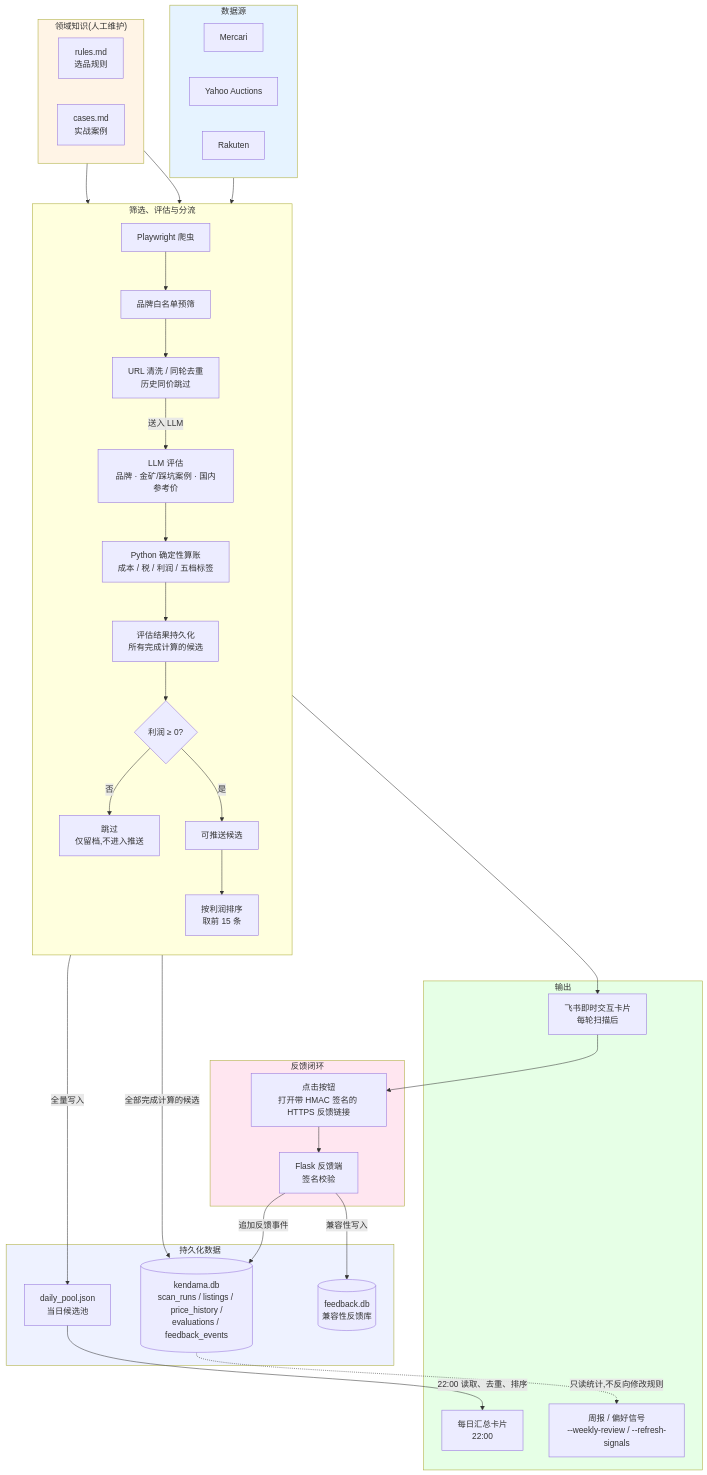
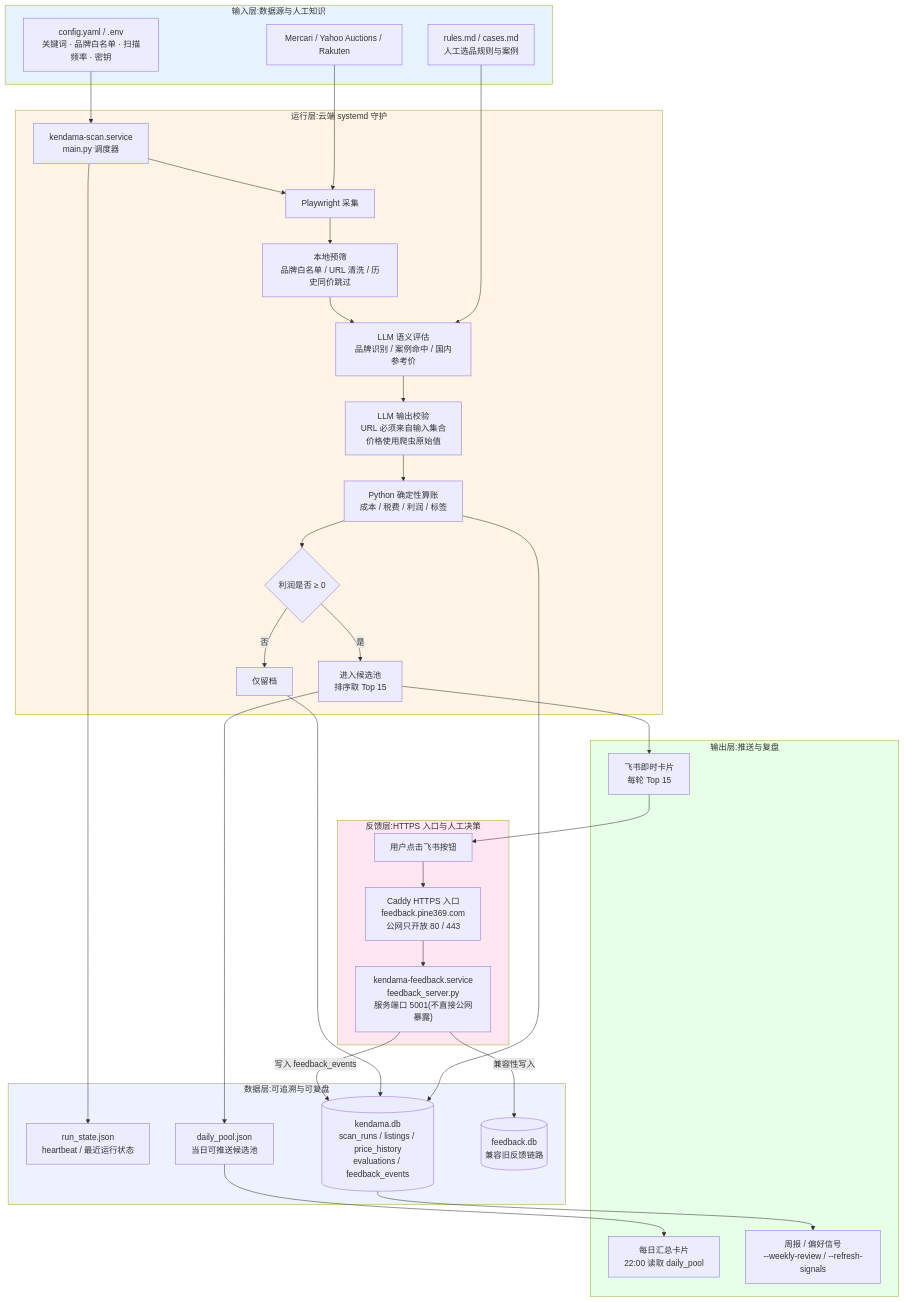
Before and after one commit to Pine369/kendama-selector: the diagram in README.md, drawn with Mermaid. The commit also changed other lines of this file, not shown here.

Commit message:
docs: switch architecture diagram to top-to-bottom flowchart

````diff
--- a/README.md
+++ b/README.md
@@ -80,72 +80,74 @@
 ```mermaid
 flowchart TB
-    subgraph Sources["数据源"]
-        direction LR
-        A1[Mercari]
-        A2[Yahoo Auctions]
-        A3[Rakuten]
+    subgraph Input["输入层:数据源与人工知识"]
+        DS["Mercari / Yahoo Auctions / Rakuten"]
+        RULES["rules.md / cases.md<br/>人工选品规则与案例"]
+        CONFIG["config.yaml / .env<br/>关键词 · 品牌白名单 · 扫描频率 · 密钥"]
     end
 
-    subgraph Knowledge["领域知识(人工维护)"]
-        direction LR
-        K1[rules.md<br/>选品规则]
-        K2[cases.md<br/>实战案例]
+    subgraph Runtime["运行层:云端 systemd 守护"]
+        SCAN["kendama-scan.service<br/>main.py 调度器"]
+        SCRAPER["Playwright 采集"]
+        PREFILTER["本地预筛<br/>品牌白名单 / URL 清洗 / 历史同价跳过"]
+        LLM["LLM 语义评估<br/>品牌识别 / 案例命中 / 国内参考价"]
+        VALIDATE["LLM 输出校验<br/>URL 必须来自输入集合<br/>价格使用爬虫原始值"]
+        CALC["Python 确定性算账<br/>成本 / 税费 / 利润 / 标签"]
+        SPLIT{"利润是否 ≥ 0"}
+        ARCHIVE["仅留档"]
+        CANDIDATE["进入候选池<br/>排序取 Top 15"]
     end
 
-    subgraph Pipeline["筛选、评估与分流"]
-        direction TB
-        B[Playwright 爬虫]
-        C[品牌白名单预筛]
-        C2[URL 清洗 / 同轮去重<br/>历史同价跳过]
-        D[LLM 评估<br/>品牌 · 金矿/踩坑案例 · 国内参考价]
-        E[Python 确定性算账<br/>成本 / 税 / 利润 / 五档标签]
-        R[评估结果持久化<br/>所有完成计算的候选]
-        P{利润 ≥ 0?}
-        Q[可推送候选]
-        T[按利润排序<br/>取前 15 条]
-        X[跳过<br/>仅留档,不进入推送]
+    subgraph Storage["数据层:可追溯与可复盘"]
+        STATE["run_state.json<br/>heartbeat / 最近运行状态"]
+        DB[("kendama.db<br/>scan_runs / listings / price_history<br/>evaluations / feedback_events")]
+        POOL["daily_pool.json<br/>当日可推送候选池"]
+        LEGACY[("feedback.db<br/>兼容旧反馈链路")]
     end
 
-    subgraph Storage["持久化数据"]
-        S1[(kendama.db<br/>scan_runs / listings / price_history /<br/>evaluations / feedback_events)]
-        S2[daily_pool.json<br/>当日候选池]
-        S3[(feedback.db<br/>兼容性反馈库)]
+    subgraph Output["输出层:推送与复盘"]
+        CARD["飞书即时卡片<br/>每轮 Top 15"]
+        DAILY["每日汇总卡片<br/>22:00 读取 daily_pool"]
+        REVIEW["周报 / 偏好信号<br/>--weekly-review / --refresh-signals"]
     end
 
-    subgraph Outputs["输出"]
-        O1[飞书即时交互卡片<br/>每轮扫描后]
-        O2[每日汇总卡片<br/>22:00]
-        O3[周报 / 偏好信号<br/>--weekly-review / --refresh-signals]
+    subgraph Feedback["反馈层:HTTPS 入口与人工决策"]
+        USER["用户点击飞书按钮"]
+        CADDY["Caddy HTTPS 入口<br/>feedback.pine369.com<br/>公网只开放 80 / 443"]
+        SERVER["kendama-feedback.service<br/>feedback_server.py<br/>服务端口 5001(不直接公网暴露)"]
     end
 
-    subgraph Feedback["反馈闭环"]
-        F1[点击按钮<br/>打开带 HMAC 签名的 HTTPS 反馈链接]
-        F2[Flask 反馈端<br/>签名校验]
-    end
+    DS --> SCRAPER
+    RULES --> LLM
+    CONFIG --> SCAN
 
-    Sources --> B --> C --> C2
-    K1 --> D
-    K2 --> D
-    C2 -->|送入 LLM| D --> E
+    SCAN --> STATE
+    SCAN --> SCRAPER
+    SCRAPER --> PREFILTER
+    PREFILTER --> LLM
+    LLM --> VALIDATE
+    VALIDATE --> CALC
+    CALC --> DB
+    CALC --> SPLIT
 
-    E --> R
-    R -->|全部完成计算的候选| S1
-    R --> P
+    SPLIT -->|否| ARCHIVE
+    ARCHIVE --> DB
 
-    P -->|否| X
-    P -->|是| Q
-    Q -->|全量写入| S2
-    Q --> T --> O1
-    S2 -->|22:00 读取、去重、排序| O2
+    SPLIT -->|是| CANDIDATE
+    CANDIDATE --> POOL
+    CANDIDATE --> CARD
 
-    O1 --> F1 --> F2
-    F2 -->|兼容性写入| S3
-    F2 -->|追加反馈事件| S1
-    S1 -.只读统计,不反向修改规则.-> O3
+    POOL --> DAILY
+    DB --> REVIEW
 
-    style Knowledge fill:#fff4e6
-    style Sources fill:#e6f3ff
-    style Outputs fill:#e6ffe6
+    CARD --> USER
+    USER --> CADDY
+    CADDY --> SERVER
+    SERVER -->|写入 feedback_events| DB
+    SERVER -->|兼容性写入| LEGACY
+
+    style Input fill:#e6f3ff
+    style Runtime fill:#fff4e6
+    style Storage fill:#eef2ff
+    style Output fill:#e6ffe6
     style Feedback fill:#ffe6f0
-    style Storage fill:#eef2ff
 ```
````
